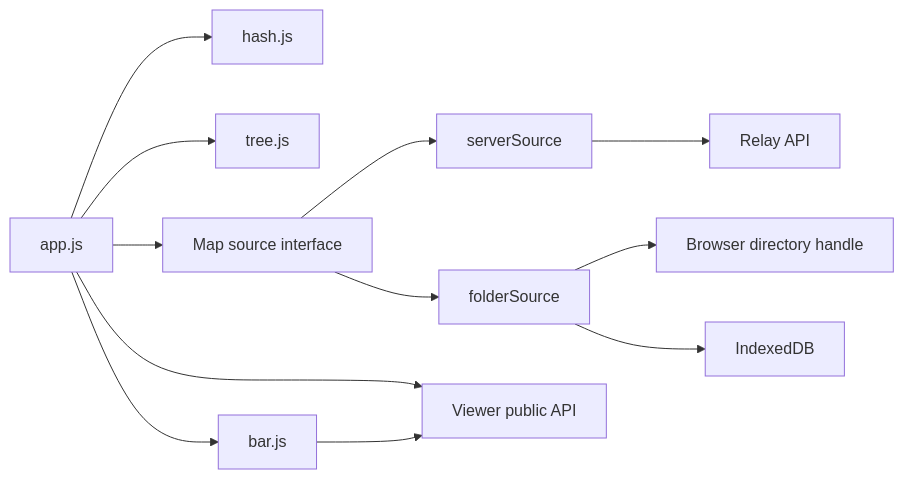
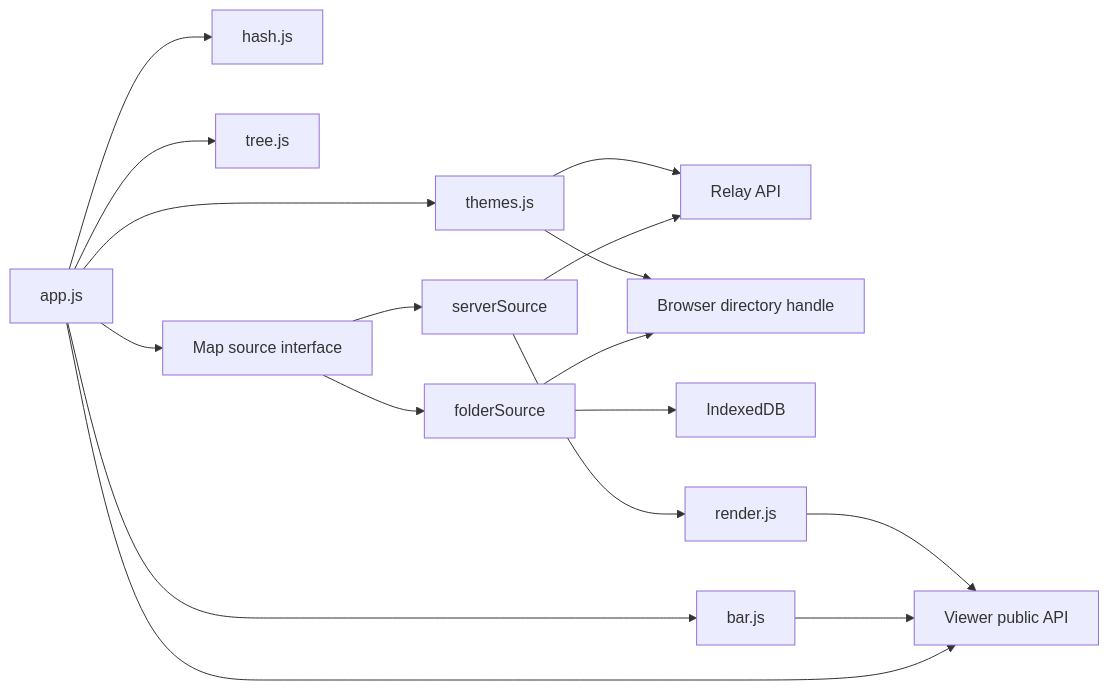
The eighth of 17 diagrams in examples/maps/avagahana-architecture.md (nvsravank/avagahana), drawn with Mermaid before and after one commit. The commit also changed other lines of this file and 48 other files, not shown here.

Commit message:
WO-32: render through the page, layout report, labelled SVG, picture state, themes folder, themes.py, deployment crash fix, real-time browser tests

````diff
--- a/examples/maps/avagahana-architecture.md
+++ b/examples/maps/avagahana-architecture.md
@@ -412,25 +413,32 @@
 ```mermaid
 flowchart LR
   app["app.js"]
   hash["hash.js"]
   tree["tree.js"]
   interface["Map source interface"]
   server["serverSource"]
   folder["folderSource"]
   api["Relay API"]
   fs["Browser directory handle"]
   idb["IndexedDB"]
   viewerHost["Viewer public API"]
   bar["bar.js"]
+  themesJs["themes.js"]
+  pageRender["render.js"]
   app --> hash
   app --> tree
   app --> interface
   interface --> server
   interface --> folder
   server --> api
   folder --> fs
   folder --> idb
   app --> viewerHost
   app --> bar
   bar --> viewerHost
+  app --> themesJs
+  themesJs --> api
+  themesJs --> fs
+  server --> pageRender
+  pageRender --> viewerHost
 ```
````
